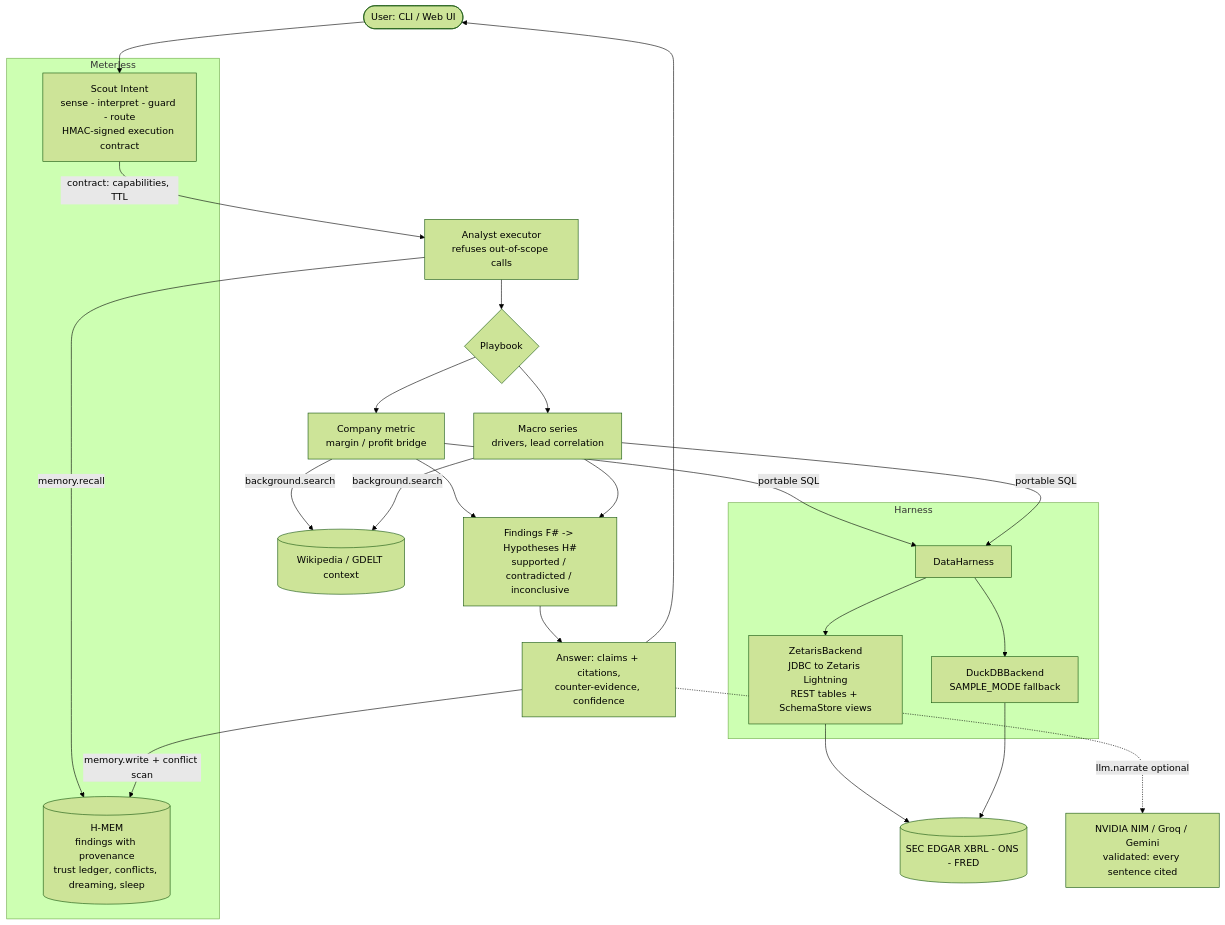
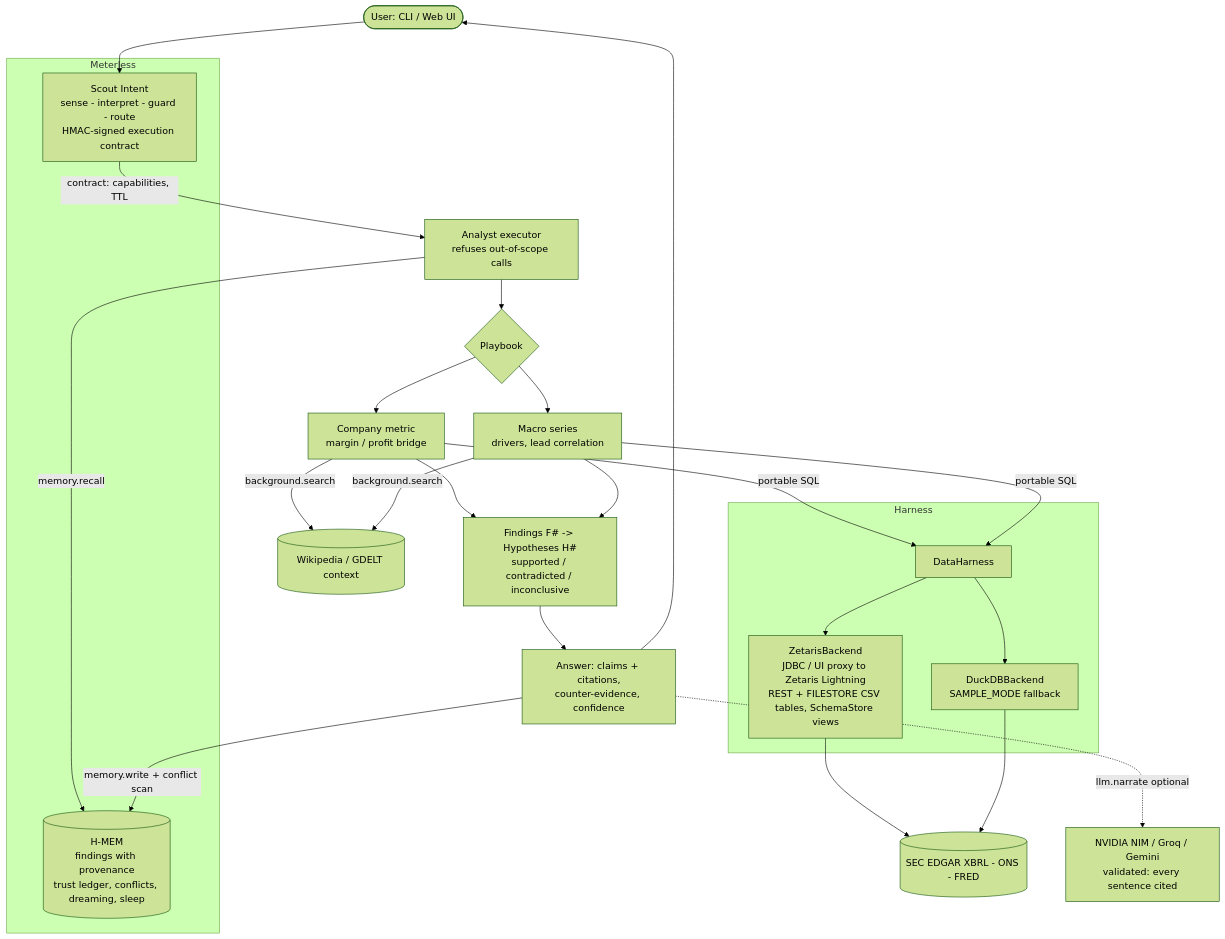
One commit to OlsOls4/because changed the diagram in README.md. Above: the diagram before and after it, drawn with Mermaid (forest theme). The commit also changed other lines of this file and 3 other files, not shown here.

Commit message:
Public demo on Vercel (app.py), README: live demo, Zetaris CI, Cursor sessions, FILESTORE

````diff
--- a/README.md
+++ b/README.md
@@ -55,25 +58,25 @@
 ```mermaid
 flowchart TB
     U([User: CLI / Web UI]) --> S
     subgraph Meterless
       S[Scout Intent<br/>sense - interpret - guard - route<br/>HMAC-signed execution contract]
       M[(H-MEM<br/>findings with provenance<br/>trust ledger, conflicts, dreaming, sleep)]
     end
     S -->|contract: capabilities, TTL| A[Analyst executor<br/>refuses out-of-scope calls]
     A -->|memory.recall| M
     A --> P{Playbook}
     P --> C[Company metric<br/>margin / profit bridge]
     P --> X[Macro series<br/>drivers, lead correlation]
     C & X -->|portable SQL| H[DataHarness]
     subgraph Harness
-      H --> Z[ZetarisBackend<br/>JDBC to Zetaris Lightning<br/>REST tables + SchemaStore views]
+      H --> Z[ZetarisBackend<br/>JDBC / UI proxy to Zetaris Lightning<br/>REST + FILESTORE CSV tables, SchemaStore views]
       H --> D[DuckDBBackend<br/>SAMPLE_MODE fallback]
     end
     Z & D --> SRC[(SEC EDGAR XBRL - ONS - FRED)]
     C & X -->|background.search| W[(Wikipedia / GDELT context)]
     C & X --> E[Findings F# -> Hypotheses H#<br/>supported / contradicted / inconclusive]
     E --> ANS[Answer: claims + citations,<br/>counter-evidence, confidence]
     ANS -.->|llm.narrate optional| L[NVIDIA NIM / Groq / Gemini<br/>validated: every sentence cited]
     ANS -->|memory.write + conflict scan| M
     ANS --> U
 ```
````
